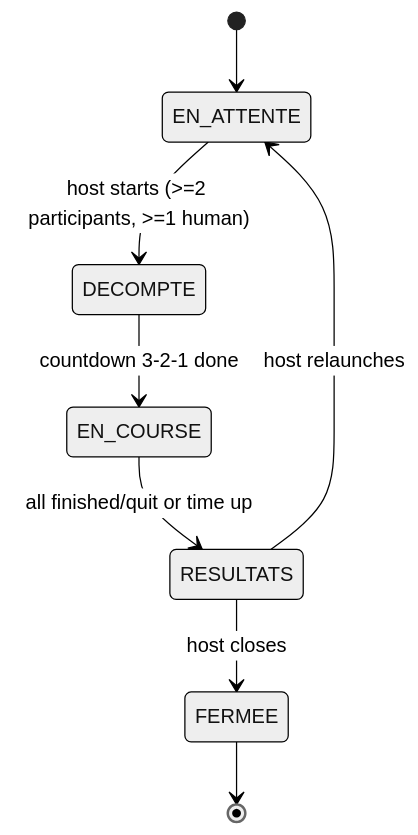
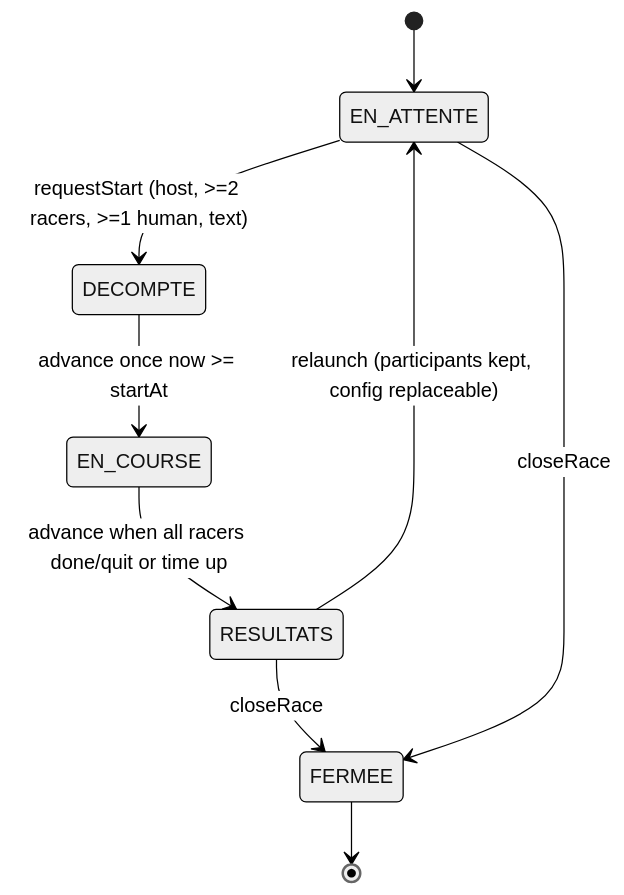
The second of 4 diagrams in doc/ARCHITECTURE.md (Extrajulien/dwarven-scriptures), drawn with Mermaid (neutral theme) before and after one commit. The commit also changed other lines of this file and 3 other files, not shown here.

Commit message:
docs: document race domain logic and update EXIGENCES (COURSE-01/02/03/09)

````diff
--- a/doc/ARCHITECTURE.md
+++ b/doc/ARCHITECTURE.md
@@ -184,10 +193,11 @@
 ```mermaid
 stateDiagram-v2
     [*] --> EN_ATTENTE
-    EN_ATTENTE --> DECOMPTE: host starts (>=2 participants, >=1 human)
-    DECOMPTE --> EN_COURSE: countdown 3-2-1 done
-    EN_COURSE --> RESULTATS: all finished/quit or time up
-    RESULTATS --> EN_ATTENTE: host relaunches
-    RESULTATS --> FERMEE: host closes
+    EN_ATTENTE --> DECOMPTE: requestStart (host, >=2 racers, >=1 human, text)
+    DECOMPTE --> EN_COURSE: advance once now >= startAt
+    EN_COURSE --> RESULTATS: advance when all racers done/quit or time up
+    RESULTATS --> EN_ATTENTE: relaunch (participants kept, config replaceable)
+    RESULTATS --> FERMEE: closeRace
+    EN_ATTENTE --> FERMEE: closeRace
     FERMEE --> [*]
 ```
````
